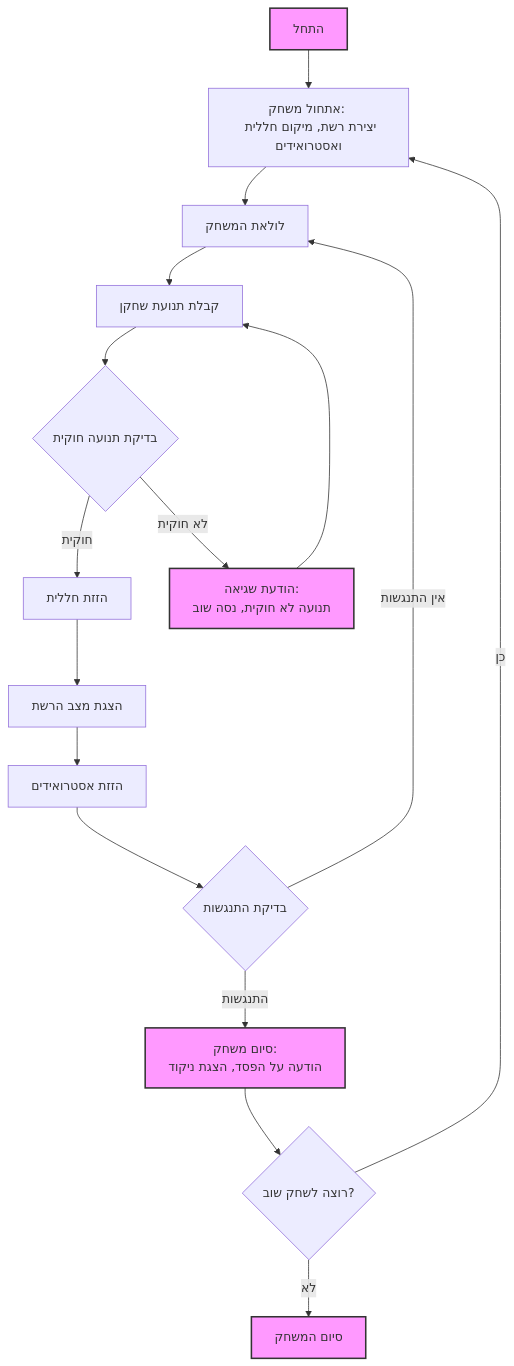
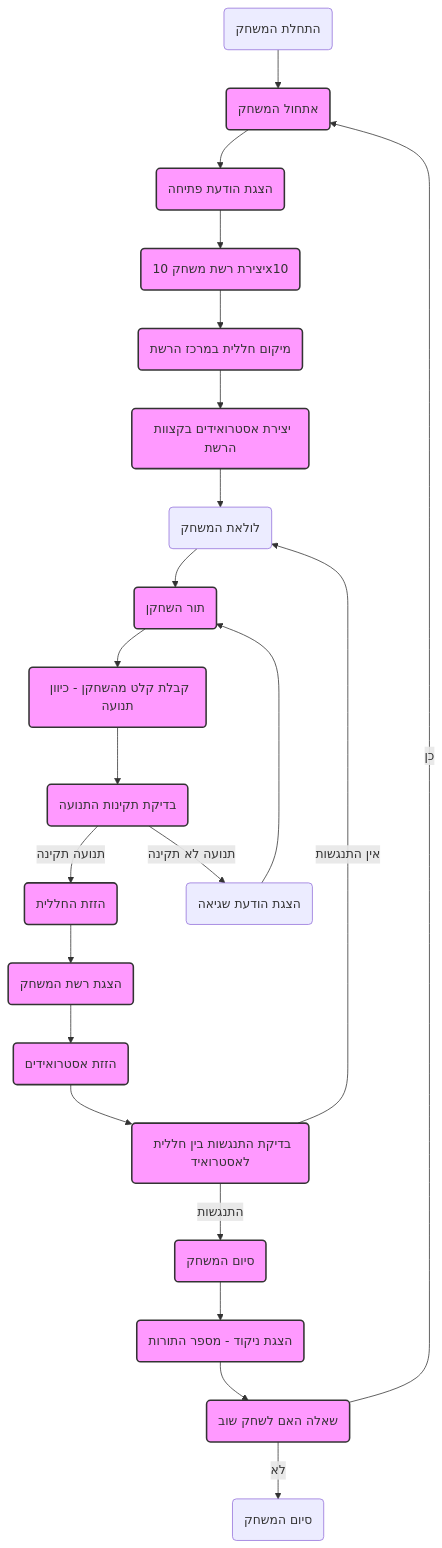
One commit to hypo69/hypo changed the first of 2 diagrams in docs/gemini/he/explainer/src/endpoints/ai_games/101_basic_computer_games/ru/rules/83_spacwrd.ru.md.md. Above: the diagram before and after it, drawn with Mermaid. The commit also changed other lines of this file and 885 other files, not shown here.

````diff
--- a/docs/gemini/he/explainer/src/endpoints/ai_games/101_basic_computer_games/ru/rules/83_spacwrd.ru.md.md
+++ b/docs/gemini/he/explainer/src/endpoints/ai_games/101_basic_computer_games/ru/rules/83_spacwrd.ru.md.md
@@ -69,26 +43,29 @@
 ```mermaid
 flowchart TD
-    Start[התחל] --> InitGame[אתחול משחק: <br>יצירת רשת, מיקום חללית ואסטרואידים]
-    InitGame --> GameLoopStart[לולאת המשחק]
+    Start(התחלת המשחק) --> InitializeGame(אתחול המשחק);
+    InitializeGame --> DisplayGreeting(הצגת הודעת פתיחה);
+    DisplayGreeting --> CreateGrid(יצירת רשת משחק 10x10);
+    CreateGrid --> PlaceSpaceship(מיקום חללית במרכז הרשת);
+    PlaceSpaceship --> PlaceAsteroids(יצירת אסטרואידים בקצוות הרשת);
+    PlaceAsteroids --> GameLoop(לולאת המשחק);
 
-    GameLoopStart --> GetPlayerMove[קבלת תנועת שחקן]
-    GetPlayerMove --> ValidateMove{בדיקת תנועה חוקית}
+    GameLoop --> PlayerTurn(תור השחקן);
+    PlayerTurn --> GetPlayerInput(קבלת קלט מהשחקן - כיוון תנועה);
+    GetPlayerInput --> ValidateMove(בדיקת תקינות התנועה);
+    ValidateMove -- תנועה תקינה --> MoveSpaceship(הזזת החללית);
+    MoveSpaceship --> DisplayGrid(הצגת רשת המשחק);
+    ValidateMove -- תנועה לא תקינה --> ErrorMessage(הצגת הודעת שגיאה);
+    ErrorMessage --> PlayerTurn;
+    DisplayGrid --> MoveAsteroids(הזזת אסטרואידים);
+    MoveAsteroids --> CheckCollision(בדיקת התנגשות בין חללית לאסטרואיד);
+    CheckCollision -- התנגשות --> GameOver(סיום המשחק);
+    CheckCollision -- אין התנגשות --> GameLoop;
 
-    ValidateMove -- "חוקית" --> MoveShip[הזזת חללית]
-    MoveShip --> DisplayGrid[הצגת מצב הרשת]
-    DisplayGrid --> MoveAsteroids[הזזת אסטרואידים]
-    MoveAsteroids --> CheckCollision{בדיקת התנגשות}
+    GameOver --> DisplayScore(הצגת ניקוד - מספר התורות);
+    DisplayScore --> PlayAgain(שאלה האם לשחק שוב);
+    PlayAgain -- כן --> InitializeGame;
+    PlayAgain -- לא --> End(סיום המשחק);
 
-    ValidateMove -- "לא חוקית" --> ErrorMessage[הודעת שגיאה: <br>תנועה לא חוקית, נסה שוב]
-    ErrorMessage --> GetPlayerMove
-
-    CheckCollision -- "התנגשות" --> GameOver[סיום משחק: <br>הודעה על הפסד, הצגת ניקוד]
-    CheckCollision -- "אין התנגשות" --> GameLoopStart
-
-    GameOver --> PlayAgain{רוצה לשחק שוב?}
-    PlayAgain -- "כן" --> InitGame
-    PlayAgain -- "לא" --> End[סיום המשחק]
-
-    classDef blue fill:#f9f,stroke:#333,stroke-width:2px
-  class Start,End,GameOver,ErrorMessage blue
+    classDef box fill:#f9f,stroke:#333,stroke-width:2px;
+   class InitializeGame,DisplayGreeting,CreateGrid,PlaceSpaceship,PlaceAsteroids,PlayerTurn,GetPlayerInput,ValidateMove,MoveSpaceship,DisplayGrid,MoveAsteroids,CheckCollision,GameOver,DisplayScore,PlayAgain box;
 ```
````
